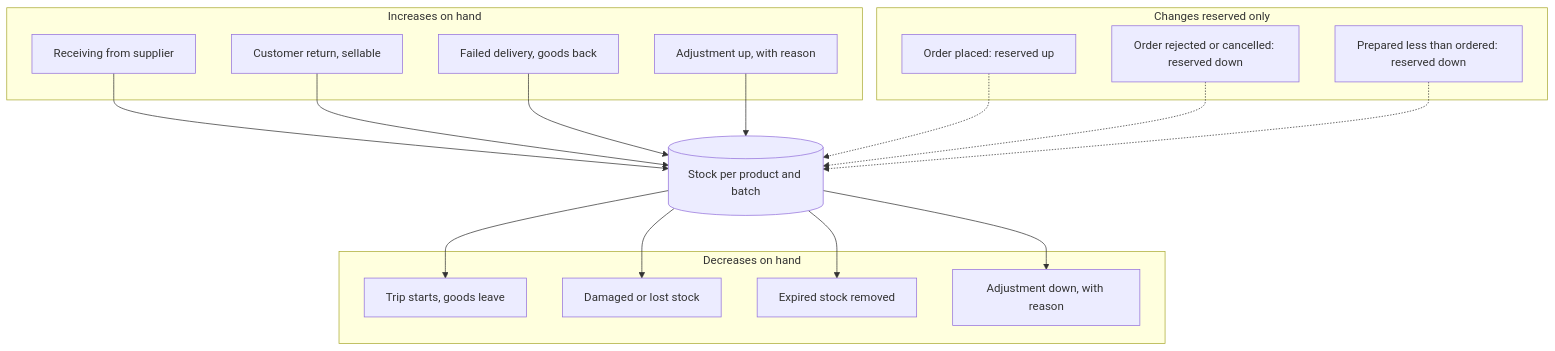
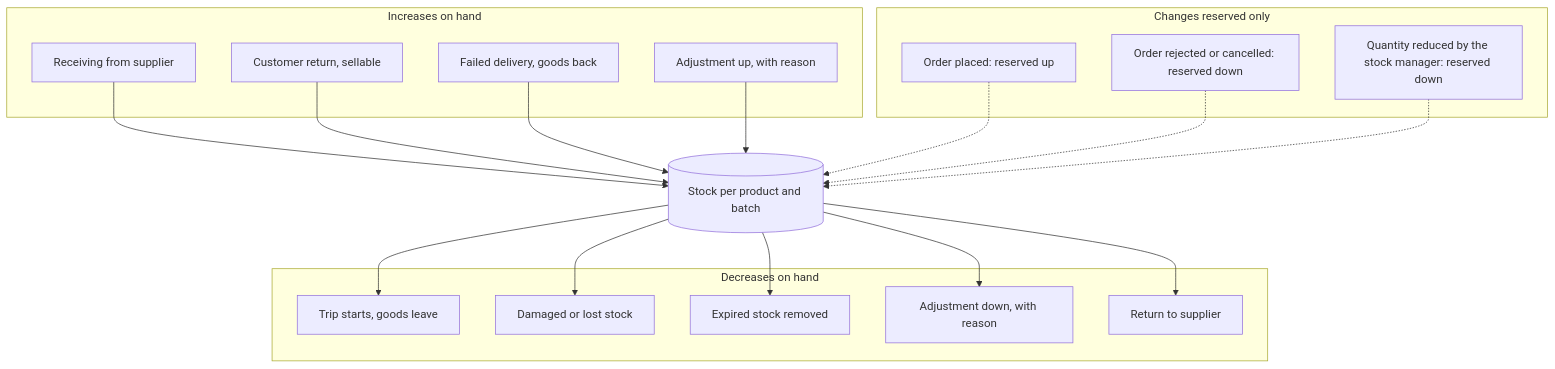
One commit to AhmedElnagarUU/Cosmo changed the second of 3 diagrams in docs/workflows/07-inventory-movements.md. Above: the diagram before and after it, drawn with Mermaid. The commit also changed other lines of this file and 28 other files, not shown here.

````diff
--- a/docs/workflows/07-inventory-movements.md
+++ b/docs/workflows/07-inventory-movements.md
@@ -19,36 +19,38 @@
 ```mermaid
 flowchart TD
     subgraph Increases on hand
         I1[Receiving from supplier]
         I2[Customer return, sellable]
         I3[Failed delivery, goods back]
         I4[Adjustment up, with reason]
     end
 
     subgraph Decreases on hand
         D1[Trip starts, goods leave]
         D2[Damaged or lost stock]
         D3[Expired stock removed]
         D4[Adjustment down, with reason]
+        D5[Return to supplier]
     end
 
     subgraph Changes reserved only
         R1[Order placed: reserved up]
         R2[Order rejected or cancelled: reserved down]
-        R3[Prepared less than ordered: reserved down]
+        R3[Quantity reduced by the stock manager: reserved down]
     end
 
     STOCK[(Stock per product and batch)]
 
     I1 --> STOCK
     I2 --> STOCK
     I3 --> STOCK
     I4 --> STOCK
     STOCK --> D1
     STOCK --> D2
     STOCK --> D3
     STOCK --> D4
+    STOCK --> D5
     R1 -.-> STOCK
     R2 -.-> STOCK
     R3 -.-> STOCK
 ```
````
